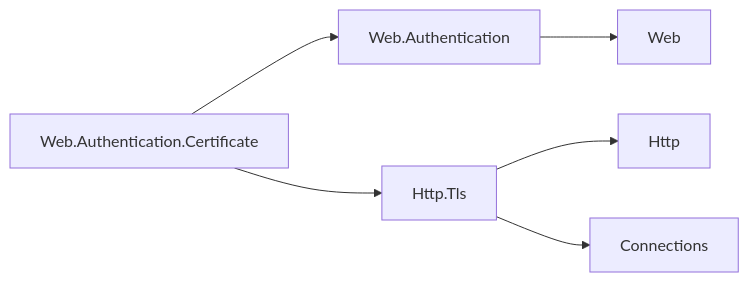
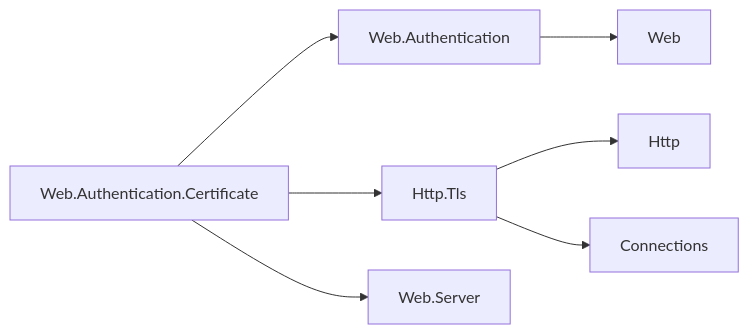
Before and after one commit to assimalign/cohesion: the diagram in resources/Web/Assimalign.Cohesion.Web.Authentication.Certificate/docs/DESIGN.md, drawn with Mermaid. The commit also changed other lines of this file and 12 other files, not shown here.

````diff
--- a/resources/Web/Assimalign.Cohesion.Web.Authentication.Certificate/docs/DESIGN.md
+++ b/resources/Web/Assimalign.Cohesion.Web.Authentication.Certificate/docs/DESIGN.md
@@ -13,8 +14,9 @@
 ```mermaid
 flowchart LR
     Cert["Web.Authentication.Certificate"] --> Auth["Web.Authentication"]
     Cert --> Tls["Http.Tls"]
+    Cert --> Server["Web.Server"]
     Auth --> Web["Web"]
     Tls --> Http["Http"]
     Tls --> Conn["Connections"]
 ```
````
